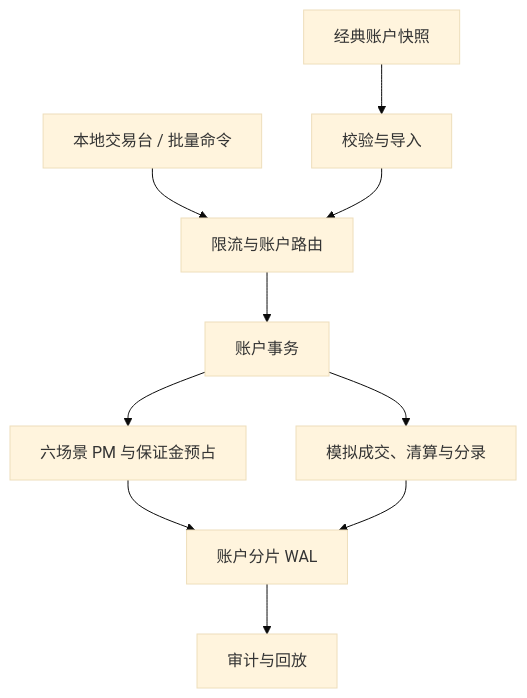
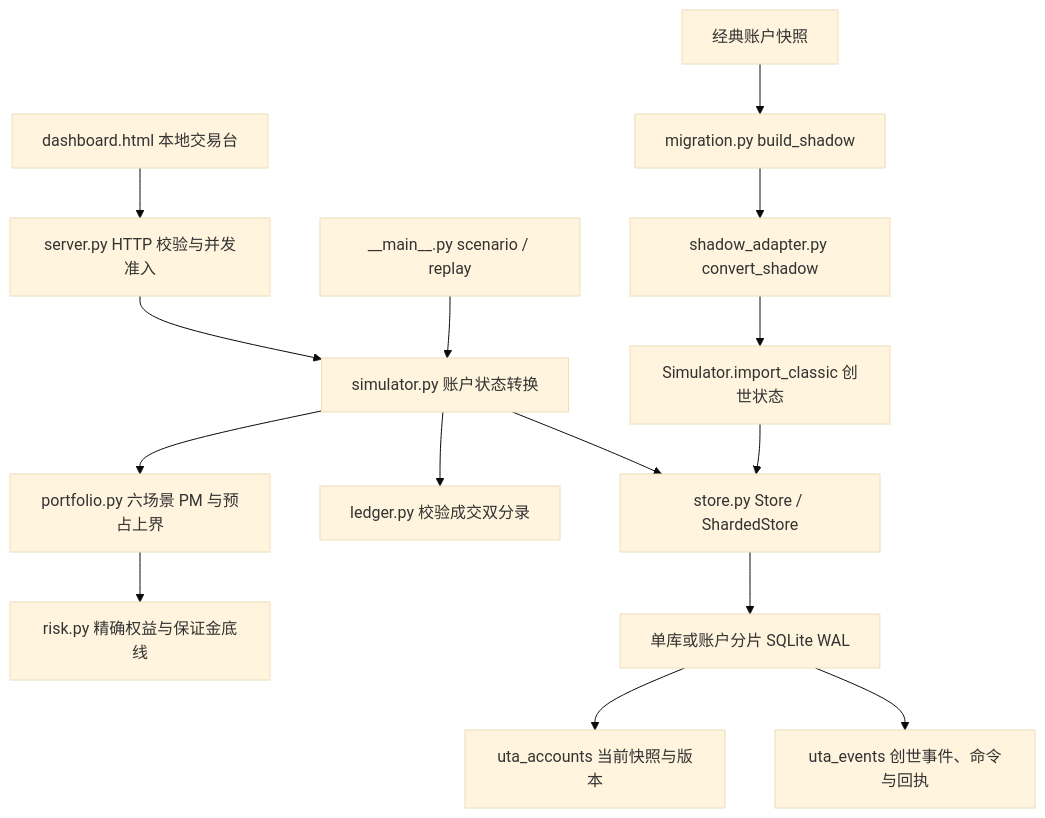
Before and after one commit to PureGamma-Harness/uta-unified-account: the first of 3 diagrams in docs/architecture.md, drawn with Mermaid (base theme). The commit also changed other lines of this file and 8 other files, not shown here.

First line of the commit message:
docs: explain durable UTA workflows and risk model boundaries

````diff
--- a/docs/architecture.md
+++ b/docs/architecture.md
@@ -3,12 +7,17 @@
 ```mermaid
 flowchart TD
-    Classic["经典账户快照"] --> Import["校验与导入"]
-    Operator["本地交易台 / 批量命令"] --> Gate["限流与账户路由"]
-    Import --> Gate
-    Gate --> Engine["账户事务"]
-    Engine --> PM["六场景 PM 与保证金预占"]
-    Engine --> Close["模拟成交、清算与分录"]
-    PM --> Commit["账户分片 WAL"]
-    Close --> Commit
-    Commit --> Replay["审计与回放"]
+    Browser["dashboard.html 本地交易台"] --> HTTP["server.py HTTP 校验与并发准入"]
+    CLI["__main__.py scenario / replay"] --> Sim["simulator.py 账户状态转换"]
+    HTTP --> Sim
+    Classic["经典账户快照"] --> Shadow["migration.py build_shadow"]
+    Shadow --> Adapter["shadow_adapter.py convert_shadow"]
+    Adapter --> Seed["Simulator.import_classic 创世状态"]
+    Seed --> Store["store.py Store / ShardedStore"]
+    Sim --> PM["portfolio.py 六场景 PM 与预占上界"]
+    PM --> Base["risk.py 精确权益与保证金底线"]
+    Sim --> Ledger["ledger.py 校验成交双分录"]
+    Sim --> Store
+    Store --> DB["单库或账户分片 SQLite WAL"]
+    DB --> Accounts["uta_accounts 当前快照与版本"]
+    DB --> Events["uta_events 创世事件、命令与回执"]
 ```
````
